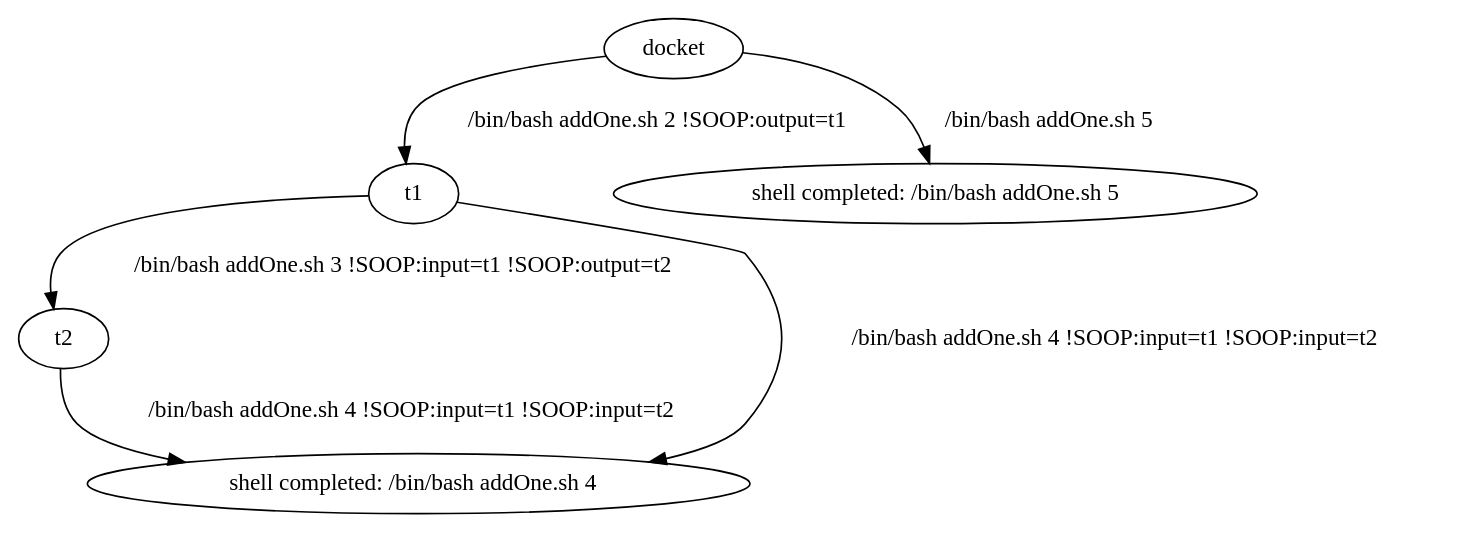
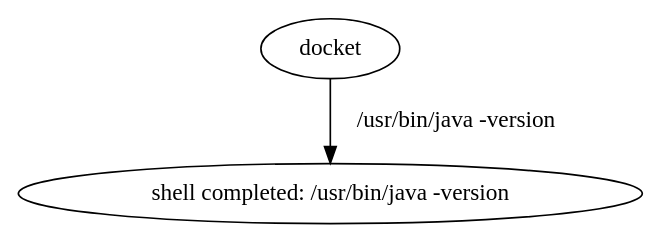
The diagram in Soop/Soop/web/workflow.dot (radixCSgeek/soop), drawn with Graphviz before and after one commit. The commit also changed 3 other files, not shown here.

```diff
--- a/Soop/Soop/web/workflow.dot
+++ b/Soop/Soop/web/workflow.dot
@@ -1,12 +1,5 @@
 digraph G {
   1 [label = "docket"];
-  2 [label = "t1"];
-  3 [label = "t2"];
-  4 [label = "shell completed: /bin/bash addOne.sh 4  "];
-  5 [label = "shell completed: /bin/bash addOne.sh 5"];
-  1 -> 2 [label = "/bin/bash addOne.sh 2 !SOOP:output=t1"];
-  3 -> 4 [label = "/bin/bash addOne.sh 4 !SOOP:input=t1 !SOOP:input=t2"];
-  2 -> 4 [label = "/bin/bash addOne.sh 4 !SOOP:input=t1 !SOOP:input=t2"];
-  1 -> 5 [label = "/bin/bash addOne.sh 5"];
-  2 -> 3 [label = "/bin/bash addOne.sh 3 !SOOP:input=t1 !SOOP:output=t2"];
+  2 [label = "shell completed: /usr/bin/java -version"];
+  1 -> 2 [label = "/usr/bin/java -version"];
 }
```
